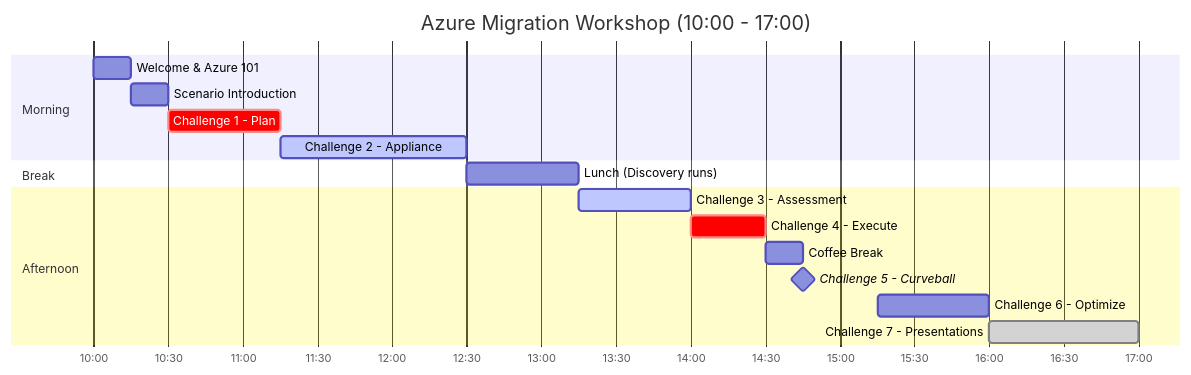
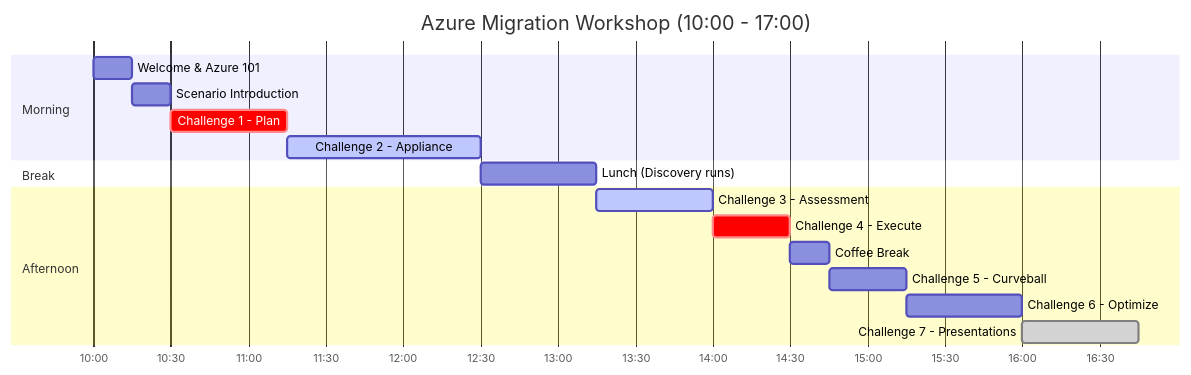
The diagram in AGENDA.md (jonathan-vella/azure-migrate-wds), drawn with Mermaid before and after one commit. The commit also changed other lines of this file and 17 other files, not shown here.

````diff
--- a/AGENDA.md
+++ b/AGENDA.md
@@ -13,23 +13,23 @@
 ```mermaid
 gantt
     title Azure Migration Workshop (10:00 - 17:00)
     dateFormat HH:mm
     axisFormat %H:%M
-    
+
     section Morning
     Welcome & Azure 101        :welcome, 10:00, 15m
     Scenario Introduction      :scenario, 10:15, 15m
     Challenge 1 - Plan         :crit, c1, 10:30, 45m
     Challenge 2 - Appliance    :active, c2, 11:15, 75m
-    
+
     section Break
     Lunch (Discovery runs)     :lunch, 12:30, 45m
-    
+
     section Afternoon
     Challenge 3 - Assessment   :active, c3, 13:15, 45m
     Challenge 4 - Execute      :crit, c4, 14:00, 30m
     Coffee Break               :break, 14:30, 15m
-    Challenge 5 - Curveball    :milestone, c5, 14:45, 0m
+    Challenge 5 - Curveball    :c5, 14:45, 30m
     Challenge 6 - Optimize     :c6, 15:15, 45m
-    Challenge 7 - Presentations:done, c7, 16:00, 60m
+    Challenge 7 - Presentations:done, c7, 16:00, 45m
 ```
````
